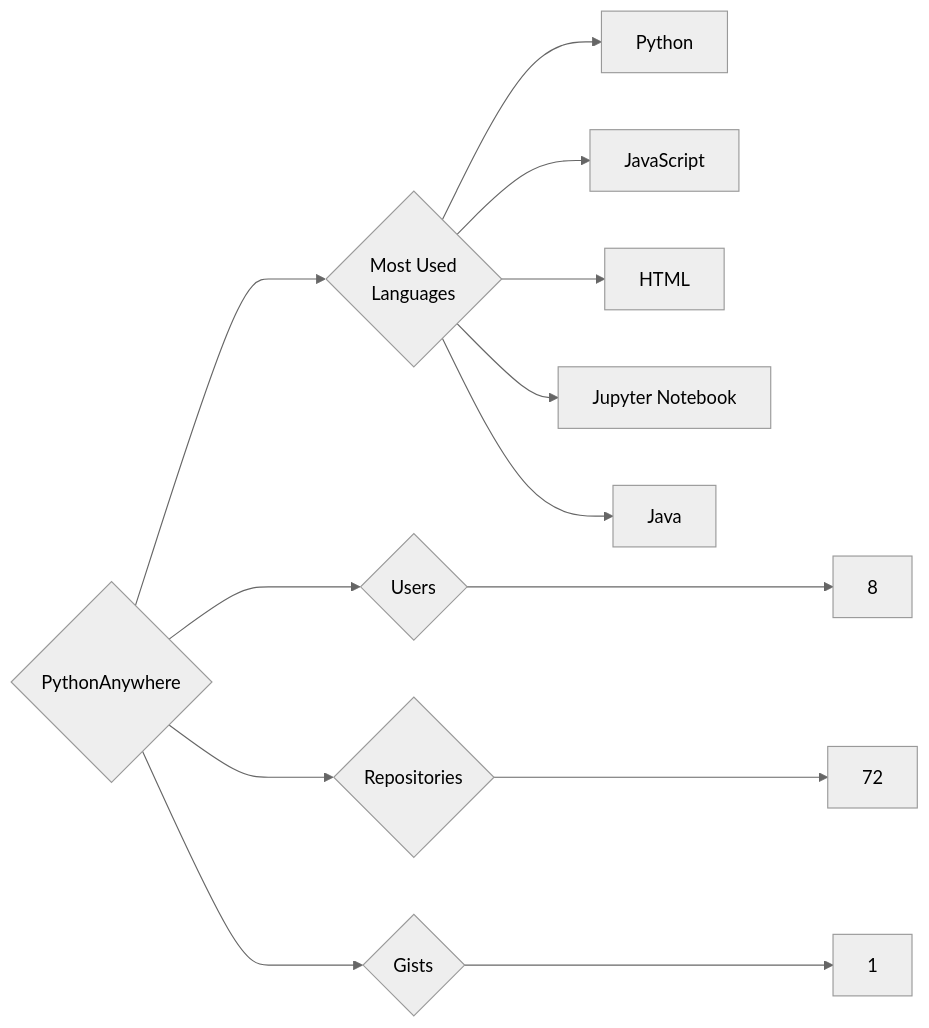
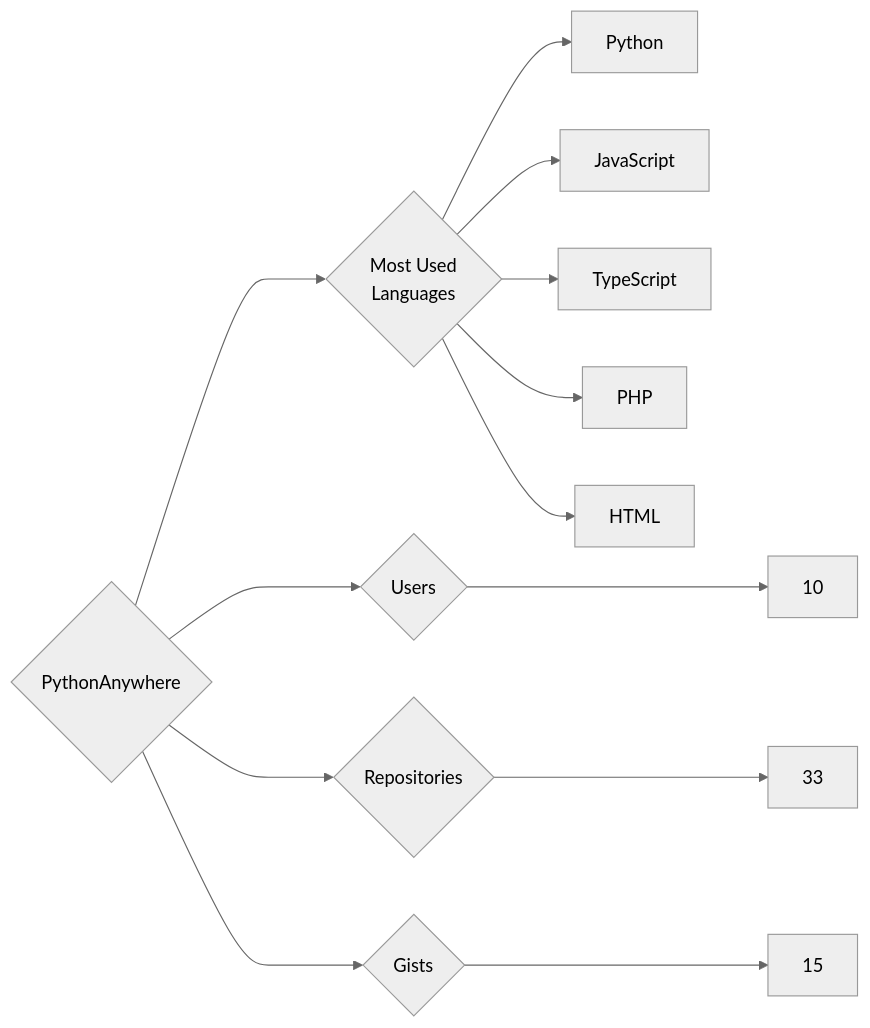
One commit to trickest/insiders changed the diagram in targets/PythonAnywhere/README.md. Above: the diagram before and after it, drawn with Mermaid (neutral theme). The commit also changed 1484 other files, not shown here.

````diff
--- a/targets/PythonAnywhere/README.md
+++ b/targets/PythonAnywhere/README.md
@@ -3,13 +3,13 @@
 ```mermaid
 graph LR
 COMPANY_NAME{PythonAnywhere}
-COMPANY_NAME ---> U{Users} ---> UN[8]
-COMPANY_NAME ---> R{Repositories} ---> RN[72]
-COMPANY_NAME ---> G{Gists} ---> GN[1]
+COMPANY_NAME ---> U{Users} ---> UN[10]
+COMPANY_NAME ---> R{Repositories} ---> RN[33]
+COMPANY_NAME ---> G{Gists} ---> GN[15]
 COMPANY_NAME ---> ML{Most Used<br>Languages}
 ML --> Python[Python]
 ML --> JavaScript[JavaScript]
+ML --> TypeScript[TypeScript]
+ML --> PHP[PHP]
 ML --> HTML[HTML]
-ML --> Jupyter_Notebook[Jupyter Notebook]
-ML --> Java[Java]
 ```
````
